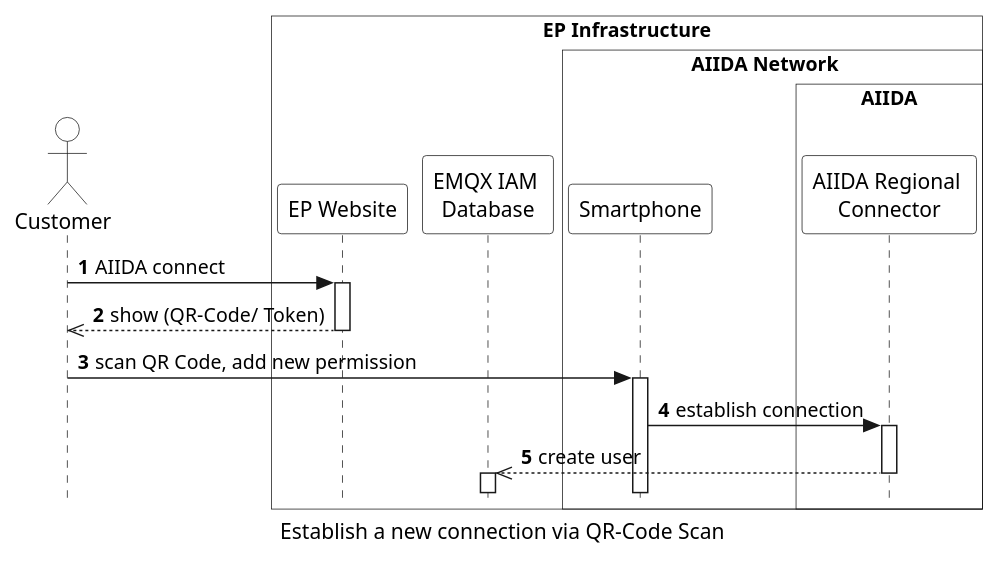
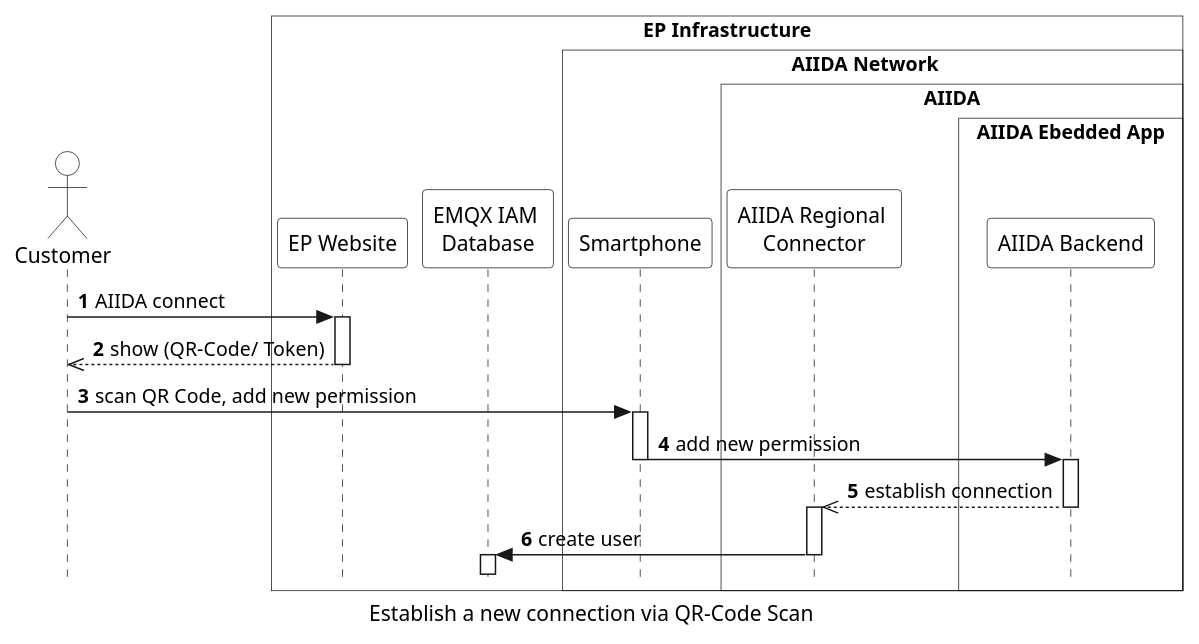
Before and after one commit to eddie-energy/architecture: the diagram in arc42/aiida/runtime-view/figures/aiida_new_connection_qr.puml, drawn with PlantUML. The commit also changed 2 other files, not shown here.

```diff
--- a/arc42/aiida/runtime-view/figures/aiida_new_connection_qr.puml
+++ b/arc42/aiida/runtime-view/figures/aiida_new_connection_qr.puml
@@ -1,44 +1,50 @@
 @startuml aiida_new_connection_qr
 'sequence diagram
 caption Establish a new connection via QR-Code Scan
 
 skinparam style strictuml
 skinparam sequence {
   ParticipantBackgroundColor transparent
   ActorBackgroundColor transparent
 }
 
 autonumber
 !pragma teoz true
 
 actor "Customer" as user
 box "EP Infrastructure" #transparent
   participant "EP Website" as website
   participant "EMQX IAM \nDatabase" as database
     box "\tAIIDA Network\t\t"  #transparent
     participant "Smartphone" as smartphone  
     box "AIIDA" #transparent
     participant "AIIDA Regional \nConnector" as connector
+       box "AIIDA Ebedded App" #transparent
+      participant "AIIDA Backend" as backend
     end box
   end box
 end box
 
 user -> website : AIIDA connect
 activate website
 
   website -->> user : show (QR-Code/ Token)
 deactivate website
 
 
   user -> smartphone : scan QR Code, add new permission
   activate smartphone
-    smartphone -> connector : establish connection
+    smartphone -> backend : add new permission
+    deactivate smartphone
+    activate backend
+    backend -->> connector : establish connection
     activate connector
-    connector -->> database : create user
-    deactivate connector 
+    deactivate backend
+    connector -> database : create user
+    deactivate connector
     activate database
     deactivate database
   deactivate smartphone
 
 
 @enduml
```
